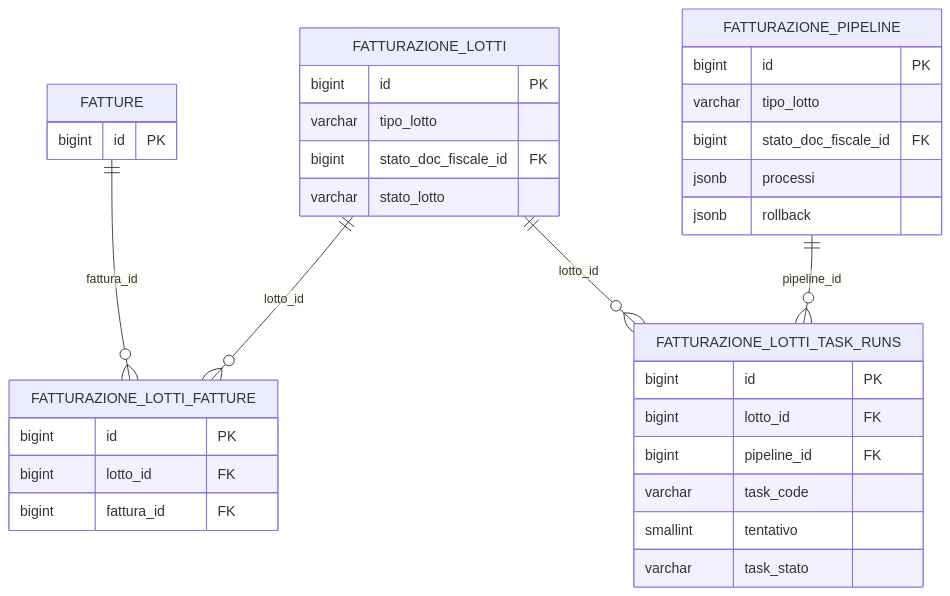
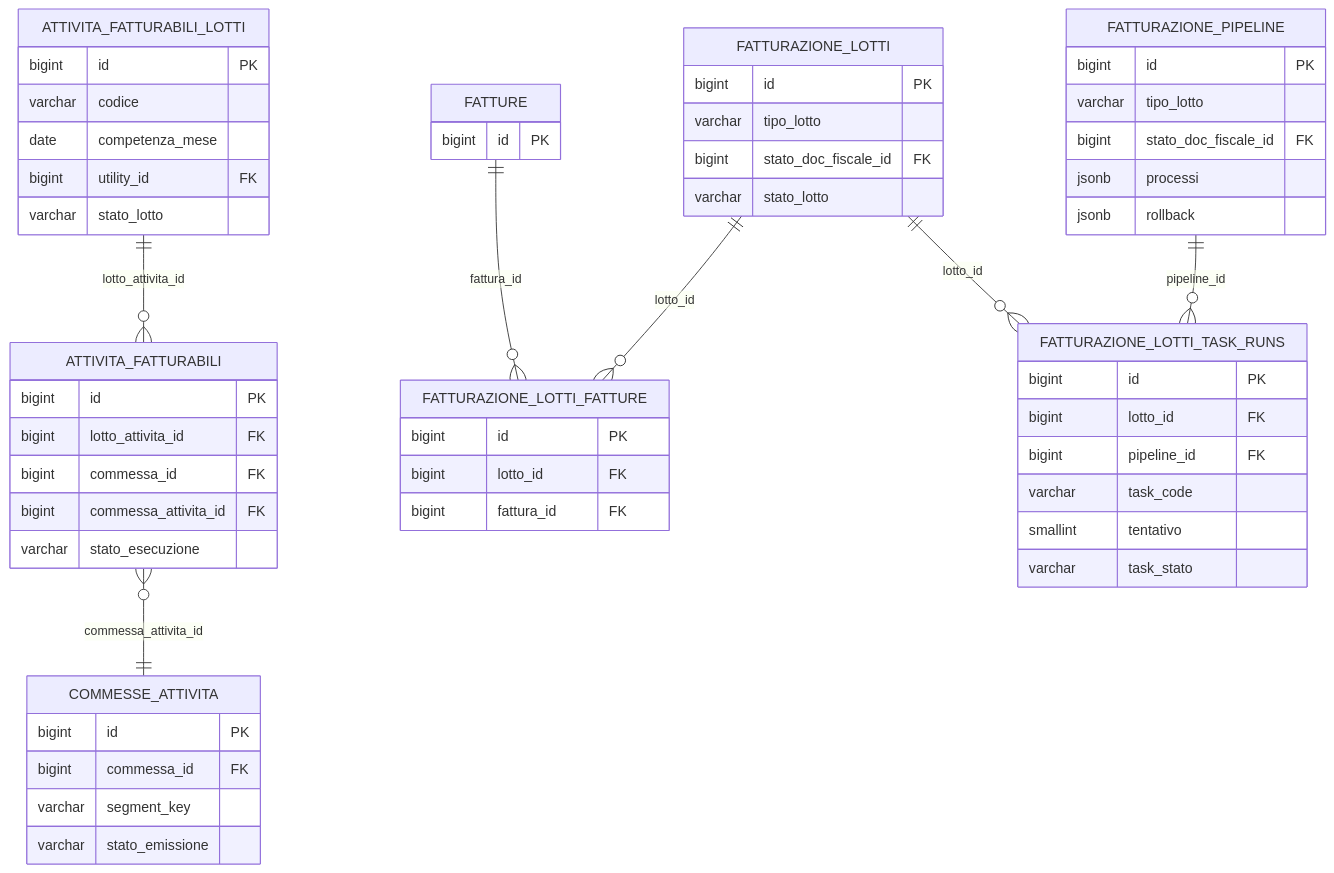
The third of 3 diagrams in docs/it/guide/fatturazione.md (Tito-it/ZeroErp), drawn with Mermaid before and after one commit. The commit also changed other lines of this file and 2 other files, not shown here.

````diff
--- a/docs/it/guide/fatturazione.md
+++ b/docs/it/guide/fatturazione.md
@@ -241,37 +263,59 @@
 ```mermaid
 erDiagram
+  ATTIVITA_FATTURABILI_LOTTI ||--o{ ATTIVITA_FATTURABILI : "lotto_attivita_id"
+  ATTIVITA_FATTURABILI }o--|| COMMESSE_ATTIVITA : "commessa_attivita_id"
   FATTURAZIONE_LOTTI ||--o{ FATTURAZIONE_LOTTI_FATTURE : "lotto_id"
   FATTURE ||--o{ FATTURAZIONE_LOTTI_FATTURE : "fattura_id"
   FATTURAZIONE_PIPELINE ||--o{ FATTURAZIONE_LOTTI_TASK_RUNS : "pipeline_id"
   FATTURAZIONE_LOTTI ||--o{ FATTURAZIONE_LOTTI_TASK_RUNS : "lotto_id"
 
+  COMMESSE_ATTIVITA {
+    bigint id PK
+    bigint commessa_id FK
+    varchar segment_key
+    varchar stato_emissione
+  }
+  ATTIVITA_FATTURABILI {
+    bigint id PK
+    bigint lotto_attivita_id FK
+    bigint commessa_id FK
+    bigint commessa_attivita_id FK
+    varchar stato_esecuzione
+  }
+  ATTIVITA_FATTURABILI_LOTTI {
+    bigint id PK
+    varchar codice
+    date competenza_mese
+    bigint utility_id FK
+    varchar stato_lotto
+  }
   FATTURAZIONE_LOTTI {
     bigint id PK
     varchar tipo_lotto
     bigint stato_doc_fiscale_id FK
     varchar stato_lotto
   }
   FATTURAZIONE_PIPELINE {
     bigint id PK
     varchar tipo_lotto
     bigint stato_doc_fiscale_id FK
     jsonb processi
     jsonb rollback
   }
   FATTURAZIONE_LOTTI_TASK_RUNS {
     bigint id PK
     bigint lotto_id FK
     bigint pipeline_id FK
     varchar task_code
     smallint tentativo
     varchar task_stato
   }
   FATTURAZIONE_LOTTI_FATTURE {
     bigint id PK
     bigint lotto_id FK
     bigint fattura_id FK
   }
   FATTURE {
     bigint id PK
   }
 ```
````
